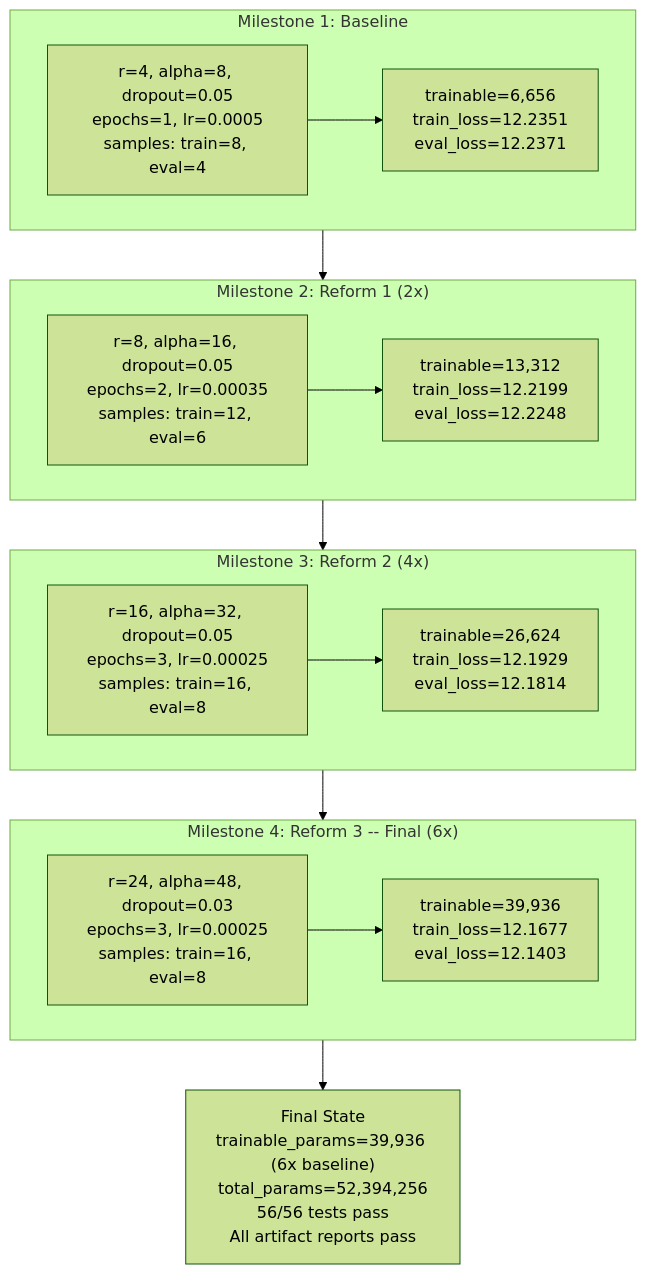
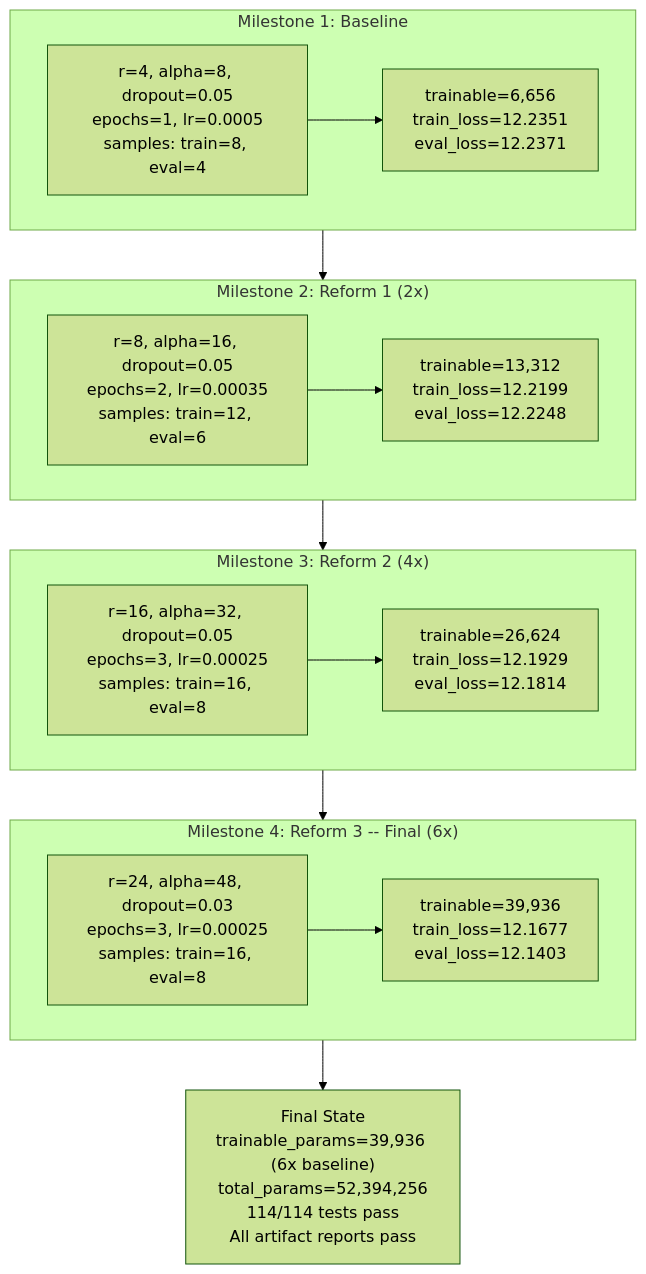
Diagram 12 of 14 in README.md (DeepThinkingFlow/DeepThinkingFlow-AI), drawn with Mermaid (forest theme) before and after one commit. The commit also changed other lines of this file and 15 other files, not shown here.

````diff
--- a/README.md
+++ b/README.md
@@ -1057,30 +1102,30 @@
 ```mermaid
 flowchart TD
     subgraph M1["Milestone 1: Baseline"]
         M1C["r=4, alpha=8, dropout=0.05<br/>epochs=1, lr=0.0005<br/>samples: train=8, eval=4"]
         M1R["trainable=6,656<br/>train_loss=12.2351<br/>eval_loss=12.2371"]
         M1C --> M1R
     end
 
     subgraph M2["Milestone 2: Reform 1 (2x)"]
         M2C["r=8, alpha=16, dropout=0.05<br/>epochs=2, lr=0.00035<br/>samples: train=12, eval=6"]
         M2R["trainable=13,312<br/>train_loss=12.2199<br/>eval_loss=12.2248"]
         M2C --> M2R
     end
 
     subgraph M3["Milestone 3: Reform 2 (4x)"]
         M3C["r=16, alpha=32, dropout=0.05<br/>epochs=3, lr=0.00025<br/>samples: train=16, eval=8"]
         M3R["trainable=26,624<br/>train_loss=12.1929<br/>eval_loss=12.1814"]
         M3C --> M3R
     end
 
     subgraph M4["Milestone 4: Reform 3 -- Final (6x)"]
         M4C["r=24, alpha=48, dropout=0.03<br/>epochs=3, lr=0.00025<br/>samples: train=16, eval=8"]
         M4R["trainable=39,936<br/>train_loss=12.1677<br/>eval_loss=12.1403"]
         M4C --> M4R
     end
 
     M1 --> M2 --> M3 --> M4
 
-    M4 --> FINAL["Final State<br/>trainable_params=39,936 (6x baseline)<br/>total_params=52,394,256<br/>56/56 tests pass<br/>All artifact reports pass"]
+    M4 --> FINAL["Final State<br/>trainable_params=39,936 (6x baseline)<br/>total_params=52,394,256<br/>114/114 tests pass<br/>All artifact reports pass"]
 ```
````
